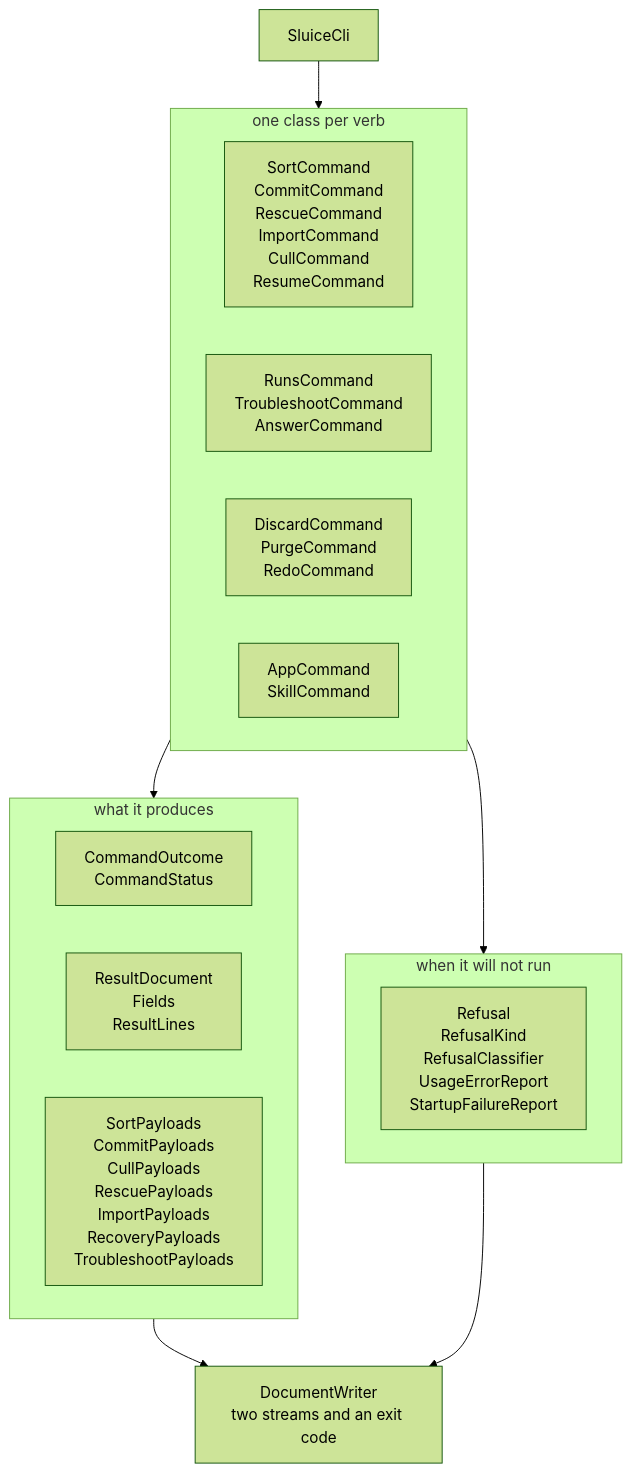
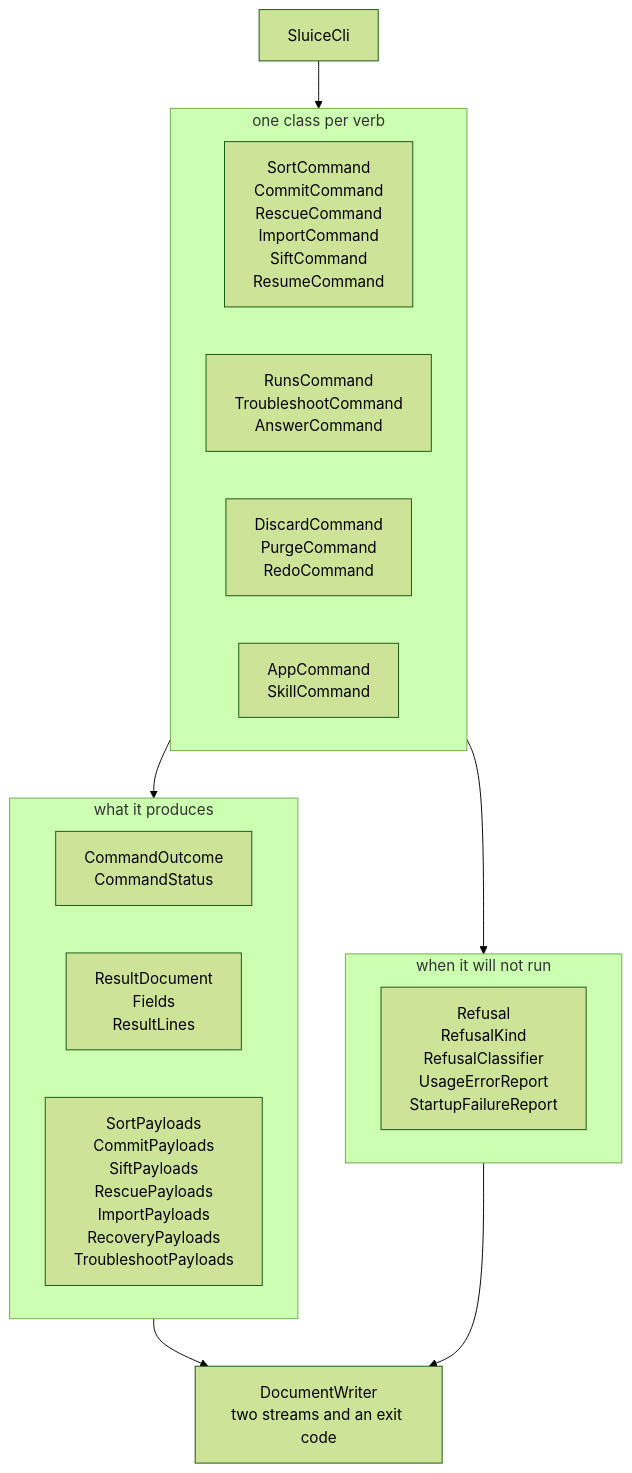
One commit to AdrianNachev91/sluice changed the eighth of 14 diagrams in app/docs/design/architecture.md. Above: the diagram before and after it, drawn with Mermaid (forest theme). The commit also changed other lines of this file and 379 other files, not shown here.

First line of the commit message:
refactor(sift): cull becomes sift, and the vision port becomes a sieve

````diff
--- a/app/docs/design/architecture.md
+++ b/app/docs/design/architecture.md
@@ -351,29 +354,29 @@
 ```mermaid
 flowchart TB
     ROOT["SluiceCli"]
 
     subgraph verbs[" one class per verb "]
-        WORK["SortCommand<br/>CommitCommand<br/>RescueCommand<br/>ImportCommand<br/>CullCommand<br/>ResumeCommand"]
+        WORK["SortCommand<br/>CommitCommand<br/>RescueCommand<br/>ImportCommand<br/>SiftCommand<br/>ResumeCommand"]
         LOOK["RunsCommand<br/>TroubleshootCommand<br/>AnswerCommand"]
         GONE["DiscardCommand<br/>PurgeCommand<br/>RedoCommand"]
         MISC["AppCommand<br/>SkillCommand"]
     end
 
     subgraph shape[" what it produces "]
         OUTCOME["CommandOutcome<br/>CommandStatus"]
         DOC["ResultDocument<br/>Fields<br/>ResultLines"]
-        PAYLOAD["SortPayloads<br/>CommitPayloads<br/>CullPayloads<br/>RescuePayloads<br/>ImportPayloads<br/>RecoveryPayloads<br/>TroubleshootPayloads"]
+        PAYLOAD["SortPayloads<br/>CommitPayloads<br/>SiftPayloads<br/>RescuePayloads<br/>ImportPayloads<br/>RecoveryPayloads<br/>TroubleshootPayloads"]
     end
 
     subgraph refuse[" when it will not run "]
         REF["Refusal<br/>RefusalKind<br/>RefusalClassifier<br/>UsageErrorReport<br/>StartupFailureReport"]
     end
 
     WRITE["DocumentWriter<br/>two streams and an exit code"]
 
     ROOT --> verbs
     verbs --> shape
     verbs --> refuse
     shape --> WRITE
     refuse --> WRITE
 ```
````
